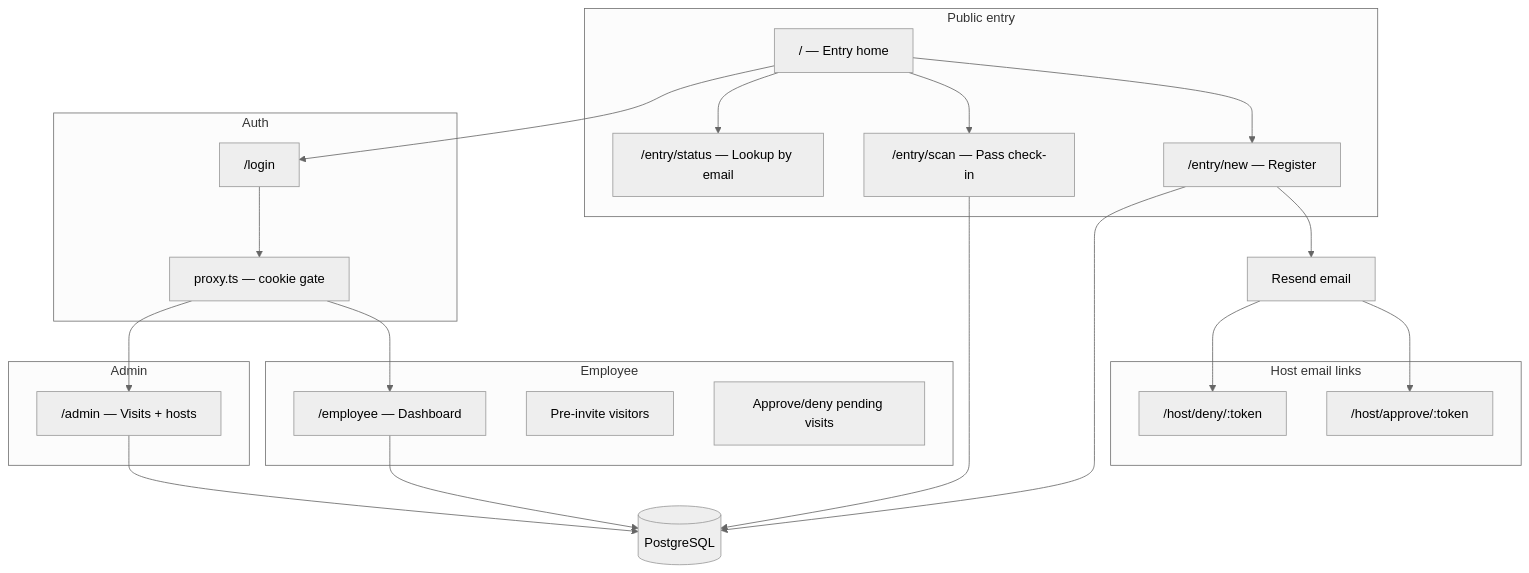
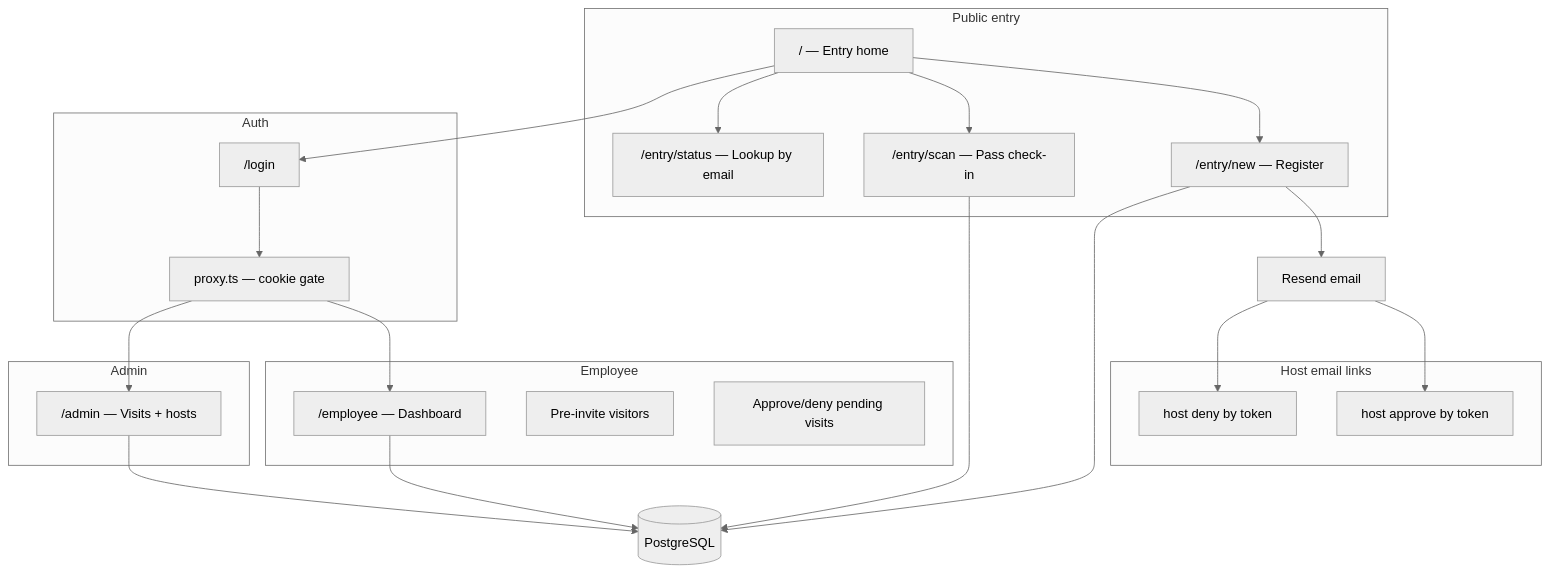
One commit to TusharChauhan09/Visitor-Management-System-assignment changed the first of 6 diagrams in README.md. Above: the diagram before and after it, drawn with Mermaid (neutral theme). The commit also changed other lines of this file and 14 other files, not shown here.

````diff
--- a/README.md
+++ b/README.md
@@ -25,44 +25,44 @@
 ```mermaid
 flowchart TB
   subgraph Public["Public entry"]
     Home["/ — Entry home"]
     New["/entry/new — Register"]
     Scan["/entry/scan — Pass check-in"]
     Status["/entry/status — Lookup by email"]
   end
 
   subgraph Auth["Auth"]
     Login["/login"]
     Proxy["proxy.ts — cookie gate"]
   end
 
   subgraph Employee["Employee"]
     EmpDash["/employee — Dashboard"]
     PreInvite["Pre-invite visitors"]
     ApproveUI["Approve/deny pending visits"]
   end
 
   subgraph Admin["Admin"]
     AdminDash["/admin — Visits + hosts"]
   end
 
   subgraph HostEmail["Host email links"]
-    ApproveLink["/host/approve/:token"]
-    DenyLink["/host/deny/:token"]
+    ApproveLink["host approve by token"]
+    DenyLink["host deny by token"]
   end
 
   Home --> New
   Home --> Scan
   Home --> Status
   Home --> Login
   Login --> Proxy
   Proxy --> EmpDash
   Proxy --> AdminDash
   New --> Resend["Resend email"]
   Resend --> ApproveLink
   Resend --> DenyLink
   Scan --> PG[(PostgreSQL)]
   New --> PG
   EmpDash --> PG
   AdminDash --> PG
 ```
````
